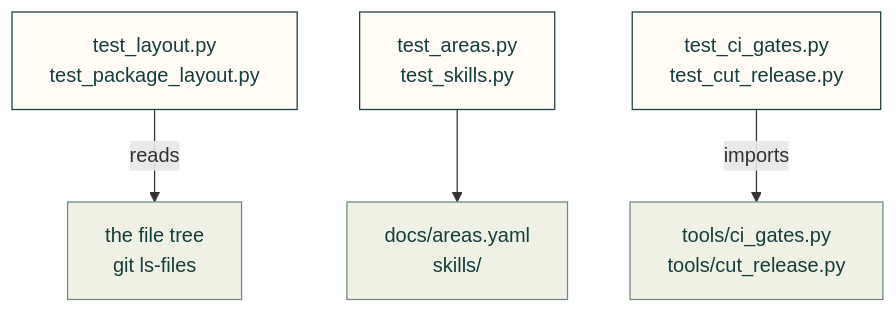
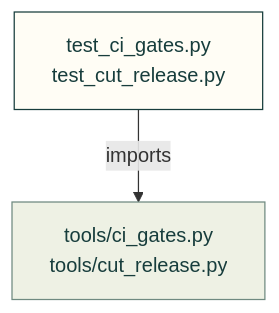
The third of 3 diagrams in tests/repo/README.md (Valpatel/cad-agent), drawn with Mermaid before and after one commit. The commit also changed other lines of this file and 26 other files, not shown here.

Commit message:
docs(repo): make published folder diagrams readable across screen sizes

````diff
--- a/tests/repo/README.md
+++ b/tests/repo/README.md
@@ -8,11 +38,11 @@
 ```mermaid
 flowchart TD
-    L["test_layout.py<br/>test_package_layout.py"] -->|"reads"| T["the file tree<br/>git ls-files"]
-    A["test_areas.py<br/>test_skills.py"] --> Y["docs/areas.yaml<br/>skills/"]
-    G["test_ci_gates.py<br/>test_cut_release.py"] -->|"imports"| TL["tools/ci_gates.py<br/>tools/cut_release.py"]
+    G["test_ci_gates.py<br/>test_cut_release.py"]
+    TL["tools/ci_gates.py<br/>tools/cut_release.py"]
+    G -->|"imports"| TL
     classDef here fill:#fffdf5,stroke:#173d3c,color:#173d3c
     classDef near fill:#eef1e4,stroke:#6f8a80,color:#173d3c
     classDef out fill:#ffe1cc,stroke:#bd3a12,color:#173d3c
-    class L,A,G here
-    class T,Y,TL near
+    class G here
+    class TL near
 ```
````
